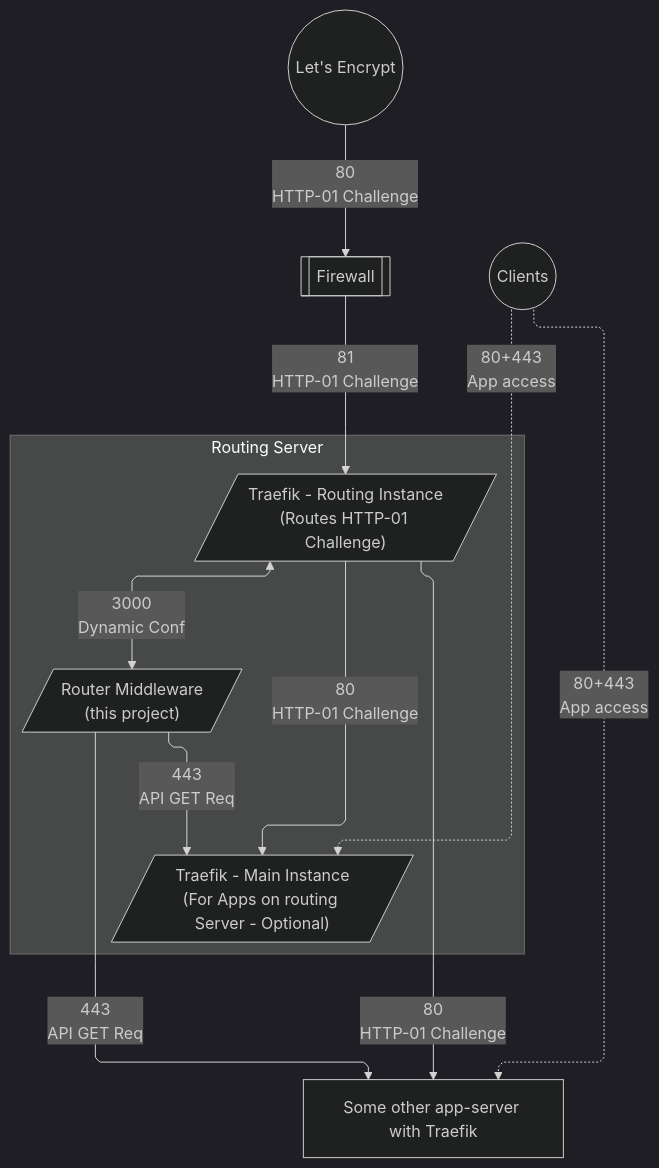
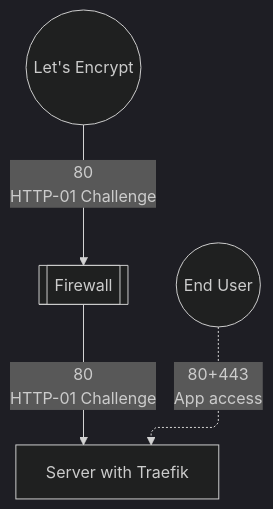
One commit to tolerantsoftware/Traefik-HTTP-01-Challenge-Router changed the diagram in README.md. Above: the diagram before and after it, drawn with Mermaid (dark theme). The commit also changed other lines of this file and 2 other files, not shown here.

````diff
--- a/README.md
+++ b/README.md
@@ -7,19 +71,11 @@
 ```mermaid
 %%{ init: { 'flowchart': { 'curve': 'linear', 'defaultRenderer': 'elk' } } }%%
 flowchart TB
+    LE -->|80<br>HTTP-01 Challenge| fw -->|80<br>HTTP-01 Challenge| server-1
+    client -.->|80+443<br>App access| server-1
+
     LE((Let's Encrypt))
     fw[[Firewall]]
-    client((Clients))
-    subgraph Routing Server
-        traefik-routerMiddleware[/"Router Middleware<br>(this project)"/]
-        traefik-router[/"Traefik - Routing Instance<br>(Routes HTTP-01 Challenge)"/]
-        traefik-app[/"Traefik - Main Instance<br>(For Apps on routing Server - Optional)"/]
-    end
-    server-1["Some other app-server with Traefik"]
-
-    LE -->|80<br>HTTP-01 Challenge| fw -->|81<br>HTTP-01 Challenge| traefik-router
-    client -.->|80+443<br>App access| traefik-app & server-1
-    traefik-router -->|80<br>HTTP-01 Challenge| traefik-app & server-1
-    traefik-router <-->|3000<br>Dynamic Conf| traefik-routerMiddleware
-    traefik-routerMiddleware -->|443<br>API GET Req| traefik-app & server-1
+    client((End User))
+    server-1["Server with Traefik"]
 ```
````
